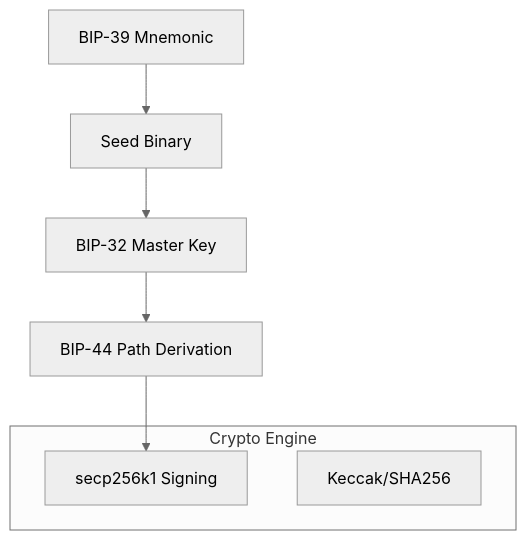
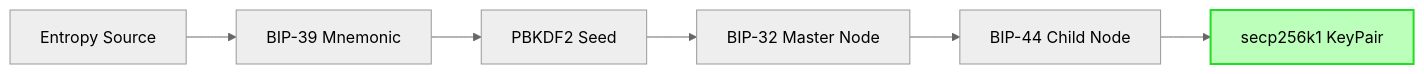
Before and after one commit to ImL1s/dart_web3: the diagram in dart_web3/packages/crypto/README.md, drawn with Mermaid (neutral theme). The commit also changed other lines of this file and 31 other files, not shown here.

````diff
--- a/dart_web3/packages/crypto/README.md
+++ b/dart_web3/packages/crypto/README.md
@@ -17,12 +18,10 @@
 ```mermaid
-graph TD
-    Mnemonic[BIP-39 Mnemonic] --> Seed[Seed Binary]
-    Seed --> HDMaster[BIP-32 Master Key]
-    HDMaster --> Derivation[BIP-44 Path Derivation]
-    Derivation --> Secp[secp256k1 Signing]
+graph LR
+    Entropy[Entropy Source] --> BIP39[BIP-39 Mnemonic]
+    BIP39 --> Seed[PBKDF2 Seed]
+    Seed --> HDMaster[BIP-32 Master Node]
+    HDMaster --> Derived[BIP-44 Child Node]
+    Derived --> ECDSA[secp256k1 KeyPair]
     
-    subgraph Crypto_Engine [Crypto Engine]
-        Secp
-        Hashing[Keccak/SHA256]
-    end
+    style ECDSA fill:#bfb,stroke:#2d2,stroke-width:2px;
 ```
````
